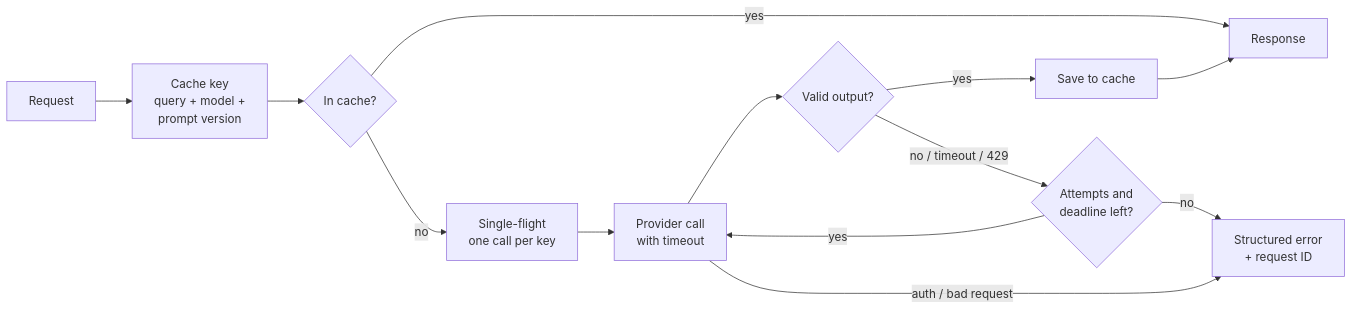
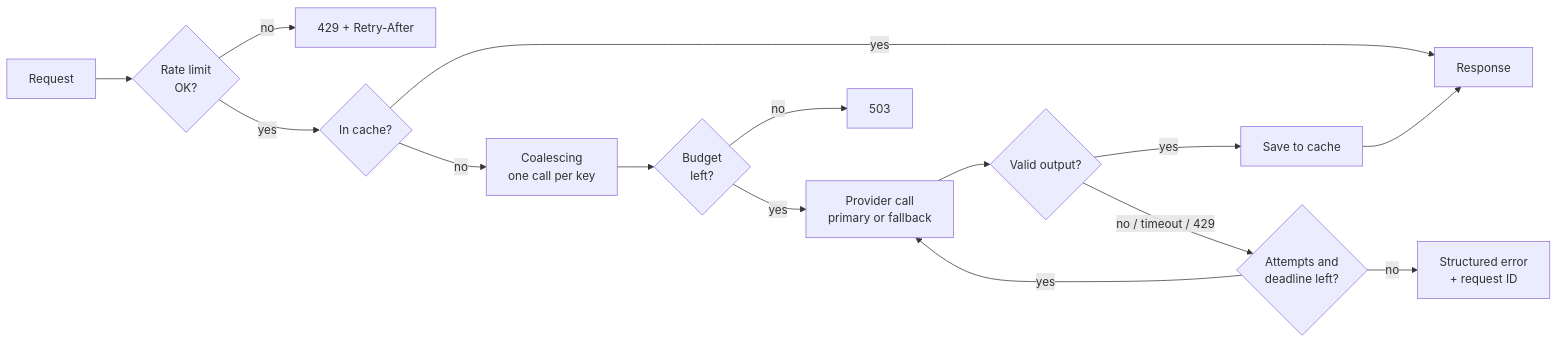
Before and after one commit to NickZhuxy/Giggle: the third of 3 diagrams in README.md, drawn with Mermaid. The commit also changed other lines of this file and 26 other files, not shown here.

First line of the commit message:
Add observability, working CD, a real-model prompt evaluation, and docs

````diff
--- a/README.md
+++ b/README.md
@@ -129,14 +138,16 @@
 ```mermaid
 flowchart LR
-    REQ["Request"] --> KEY["Cache key<br/>query + model +<br/>prompt version"]
-    KEY --> HIT{"In cache?"}
+    REQ["Request"] --> RL{"Rate limit<br/>OK?"}
+    RL -- no --> R429["429 + Retry-After"]
+    RL -- yes --> HIT{"In cache?"}
     HIT -- yes --> OUT["Response"]
-    HIT -- no --> SF["Single-flight<br/>one call per key"]
-    SF --> CALL["Provider call<br/>with timeout"]
+    HIT -- no --> SF["Coalescing<br/>one call per key"]
+    SF --> BUD{"Budget<br/>left?"}
+    BUD -- no --> R503["503"]
+    BUD -- yes --> CALL["Provider call<br/>primary or fallback"]
     CALL --> VAL{"Valid output?"}
     VAL -- yes --> SAVE["Save to cache"] --> OUT
     VAL -- "no / timeout / 429" --> RETRY{"Attempts and<br/>deadline left?"}
     RETRY -- yes --> CALL
     RETRY -- no --> ERR["Structured error<br/>+ request ID"]
-    CALL -- "auth / bad request" --> ERR
 ```
````
